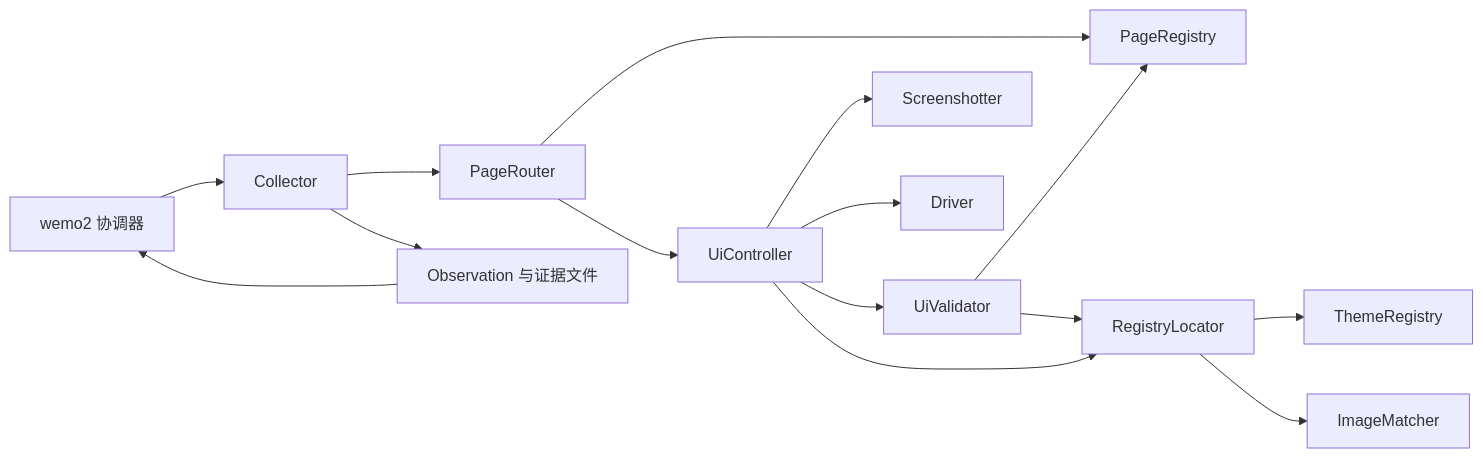
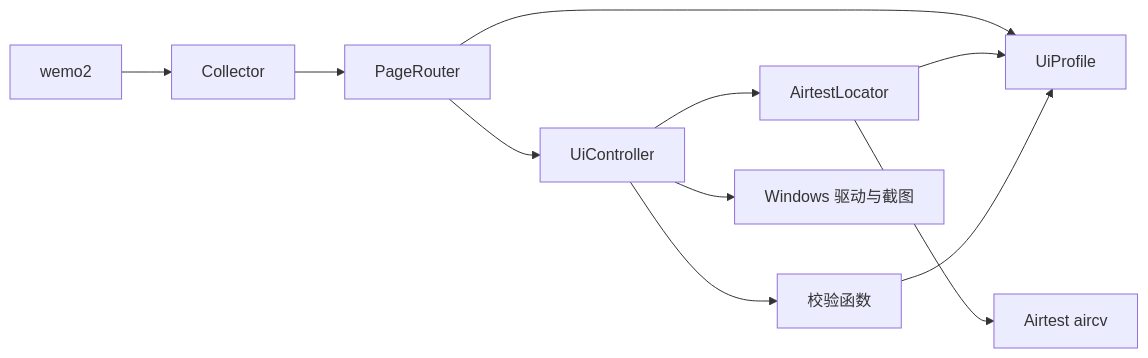
Before and after one commit to JackyLee3362/wemo2: the diagram in src/wemo2_collector/ARCHITECTURE.md, drawn with Mermaid. The commit also changed other lines of this file and 26 other files, not shown here.

````diff
--- a/src/wemo2_collector/ARCHITECTURE.md
+++ b/src/wemo2_collector/ARCHITECTURE.md
@@ -34,17 +27,13 @@
 ```mermaid
 flowchart LR
-    App[wemo2 协调器] --> Collector[Collector]
+    App[wemo2] --> Collector[Collector]
     Collector --> Router[PageRouter]
-    Router --> Pages[PageRegistry]
+    Router --> Profile[UiProfile]
     Router --> Controller[UiController]
-    Controller --> Validator[UiValidator]
-    Validator --> Pages
-    Validator --> Locator[RegistryLocator]
-    Controller --> Capture[Screenshotter]
-    Controller --> Driver[Driver]
-    Controller --> Locator
-    Locator --> Themes[ThemeRegistry]
-    Locator --> Matcher[ImageMatcher]
-    Collector --> Data[Observation 与证据文件]
-    Data --> App
+    Controller --> Locator[AirtestLocator]
+    Locator --> Profile
+    Locator --> Airtest[Airtest aircv]
+    Controller --> Validation[校验函数]
+    Validation --> Profile
+    Controller --> Platform[Windows 驱动与截图]
 ```
````
